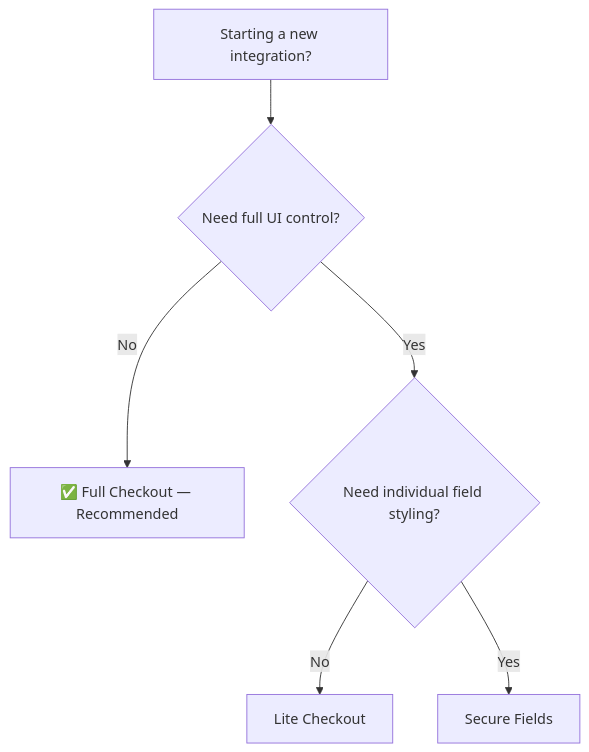
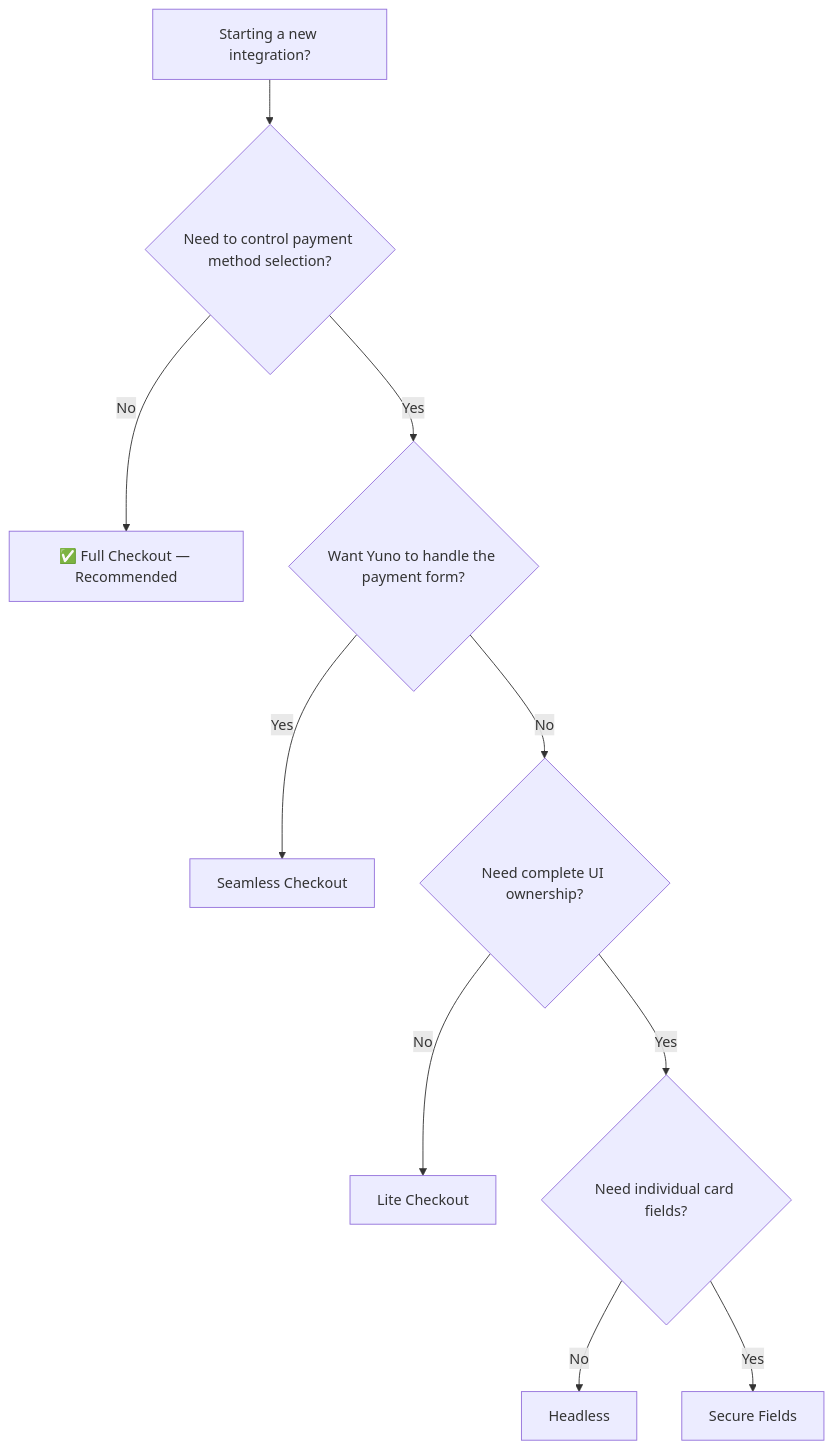
Before and after one commit to caio-yuno/mintlify-docs: the diagram in guides/sdk/overview.mdx, drawn with Mermaid. The commit also changed other lines of this file and 19 other files, not shown here.

First line of the commit message:
Add BaaS section, Seamless/Headless SDK pages, fix logo and SDK nav

````diff
--- a/guides/sdk/overview.mdx
+++ b/guides/sdk/overview.mdx
@@ -10,8 +10,12 @@
 ```mermaid
 graph TD
-    A[Starting a new integration?] --> B{Need full UI control?}
+    A[Starting a new integration?] --> B{Need to control payment method selection?}
     B -- No --> C[✅ Full Checkout — Recommended]
-    B -- Yes --> D{Need individual field styling?}
-    D -- No --> E[Lite Checkout]
-    D -- Yes --> F[Secure Fields]
+    B -- Yes --> D{Want Yuno to handle the payment form?}
+    D -- Yes --> E[Seamless Checkout]
+    D -- No --> F{Need complete UI ownership?}
+    F -- No --> G[Lite Checkout]
+    F -- Yes --> H{Need individual card fields?}
+    H -- No --> I[Headless]
+    H -- Yes --> J[Secure Fields]
 ```
````
